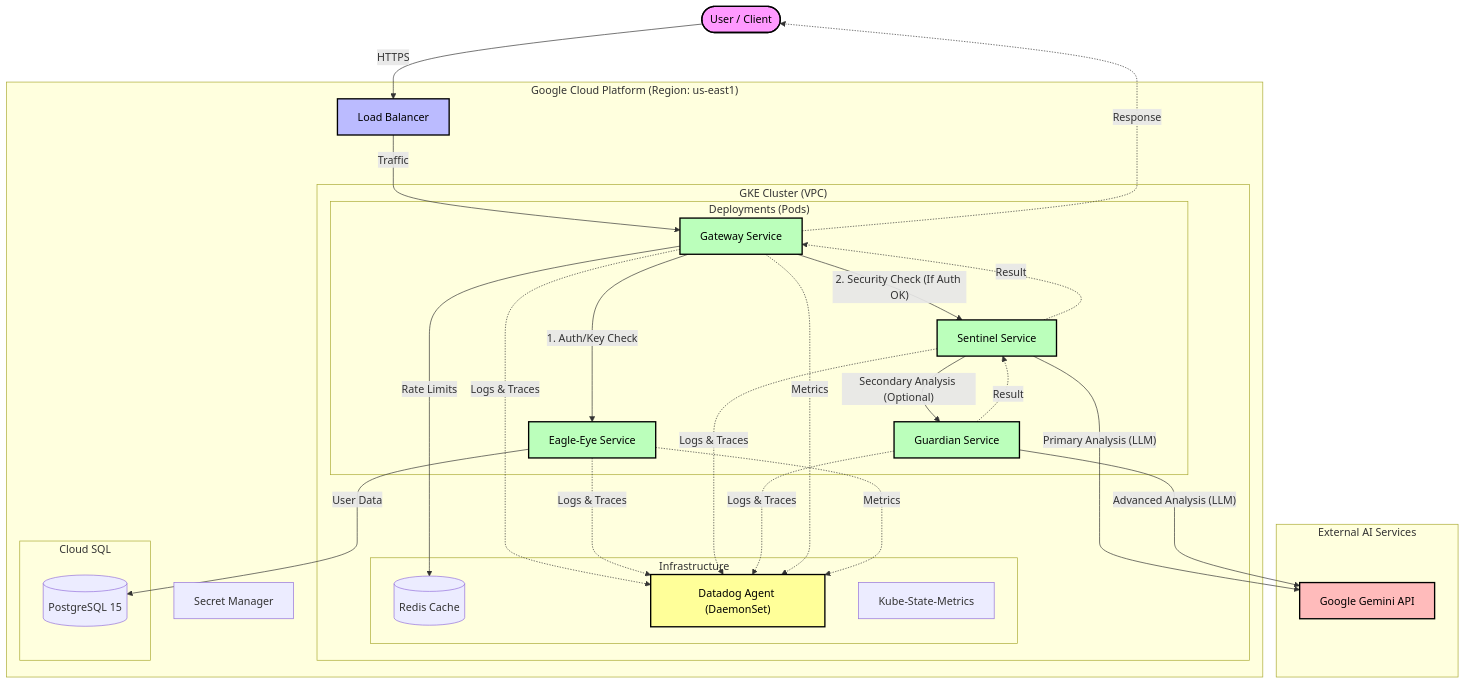
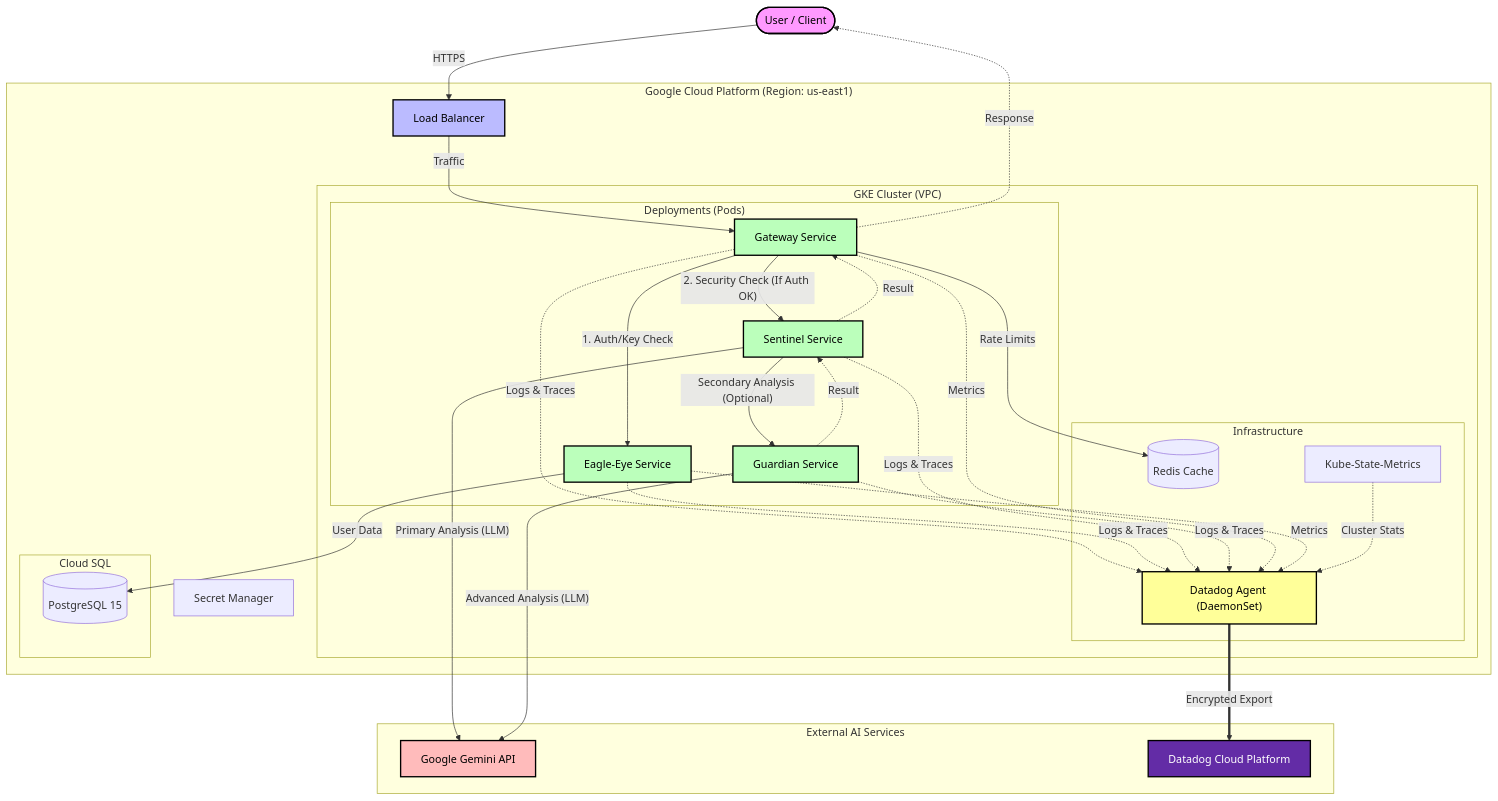
One commit to ClestiqShield/Terraform changed the first of 2 diagrams in README.md. Above: the diagram before and after it, drawn with Mermaid.

````diff
--- a/README.md
+++ b/README.md
@@ -19,74 +19,82 @@
 ```mermaid
 graph TD
     User([User / Client])
     
     subgraph "Google Cloud Platform (Region: us-east1)"
         LB[Load Balancer]
         
         subgraph "GKE Cluster (VPC)"
             subgraph "Deployments (Pods)"
                 Gateway[Gateway Service]
                 EagleEye[Eagle-Eye Service]
                 Sentinel[Sentinel Service]
                 Guardian[Guardian Service]
             end
             
             subgraph "Infrastructure"
                 Redis[(Redis Cache)]
                 DD["Datadog Agent (DaemonSet)"]
                 KSM["Kube-State-Metrics"]
             end
         end
         
         subgraph "Cloud SQL"
             DB[(PostgreSQL 15)]
         end
         
         Secrets[Secret Manager]
     end
     
     subgraph "External AI Services"
         Gemini[Google Gemini API]
+        DDCloud[Datadog Cloud Platform]
     end
 
     %% Request Flow
     User -- HTTPS --> LB
     LB -- Traffic --> Gateway
     
     %% Gateway Logic
     Gateway -- Rate Limits --> Redis
     Gateway -- 1. Auth/Key Check --> EagleEye
     EagleEye -- User Data --> DB
     
     Gateway -- 2. Security Check (If Auth OK) --> Sentinel
     
     %% Security & AI Logic
     Sentinel -- Primary Analysis (LLM) --> Gemini
     Sentinel -- Secondary Analysis (Optional) --> Guardian
     Guardian -- Advanced Analysis (LLM) --> Gemini
     
     %% Returns
     Guardian -. Result .-> Sentinel
     Sentinel -. Result .-> Gateway
     Gateway -. Response .-> User
 
     %% Observability (Datadog)
     %% Logs & Traces for All
     Gateway -. Logs & Traces .-> DD
     EagleEye -. Logs & Traces .-> DD
     Sentinel -. Logs & Traces .-> DD
     Guardian -. Logs & Traces .-> DD
     
     %% Metrics Only for Gateway & EagleEye
     Gateway -. Metrics .-> DD
     EagleEye -. Metrics .-> DD
     
+    %% Kube State Metrics
+    KSM -. Cluster Stats .-> DD
+    
+    %% Datadog Export
+    DD == Encrypted Export ==> DDCloud
+    
     style User fill:#f9f,stroke:#000,stroke-width:2px,color:#000
     style LB fill:#bbf,stroke:#000,stroke-width:2px,color:#000
     style Gateway fill:#bfb,stroke:#000,stroke-width:2px,color:#000
     style EagleEye fill:#bfb,stroke:#000,stroke-width:2px,color:#000
     style Sentinel fill:#bfb,stroke:#000,stroke-width:2px,color:#000
     style Guardian fill:#bfb,stroke:#000,stroke-width:2px,color:#000
     style Gemini fill:#fbb,stroke:#000,stroke-width:2px,color:#000
     style DD fill:#ff9,stroke:#000,stroke-width:2px,color:#000
+    style DDCloud fill:#632CA6,stroke:#000,stroke-width:2px,color:#fff
 ```
````
